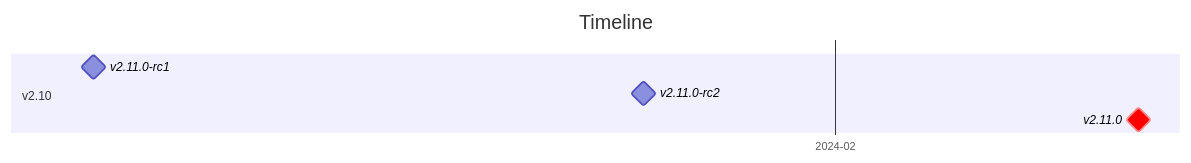
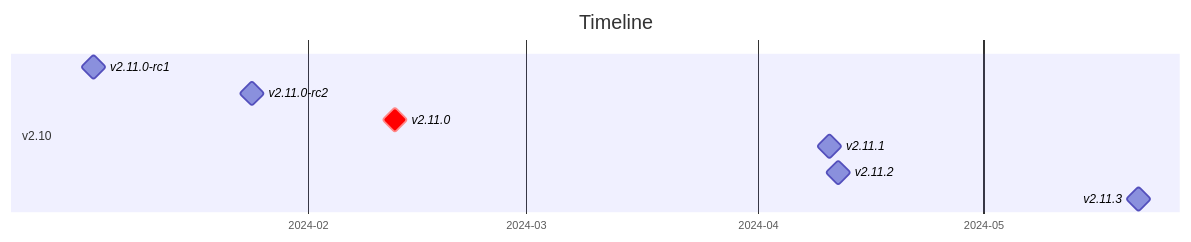
Diagram 21 of 22 in readme.md (traefik-contrib/traefik-history), drawn with Mermaid before and after one commit. The commit also changed other lines of this file, not shown here.

````diff
--- a/readme.md
+++ b/readme.md
@@ -908,13 +909,16 @@
 ```mermaid
 gantt
     title Timeline
     todayMarker off
     tickInterval 1month
     axisFormat %Y-%m
     dateFormat YYYY-MM-DD HH:mm:ss
     section v2.10
         v2.11.0-rc1: milestone, 2024-01-03 11:12:05, 0d
         v2.11.0-rc2: milestone, 2024-01-24 15:20:09, 0d
         v2.11.0: crit, milestone, 2024-02-12 16:14:04, 0d
+        v2.11.1: milestone, 2024-04-10 11:52:03, 0d
+        v2.11.2: milestone, 2024-04-11 17:36:03, 0d
+        v2.11.3: milestone, 2024-05-21 16:16:05, 0d
 
 ```
````
